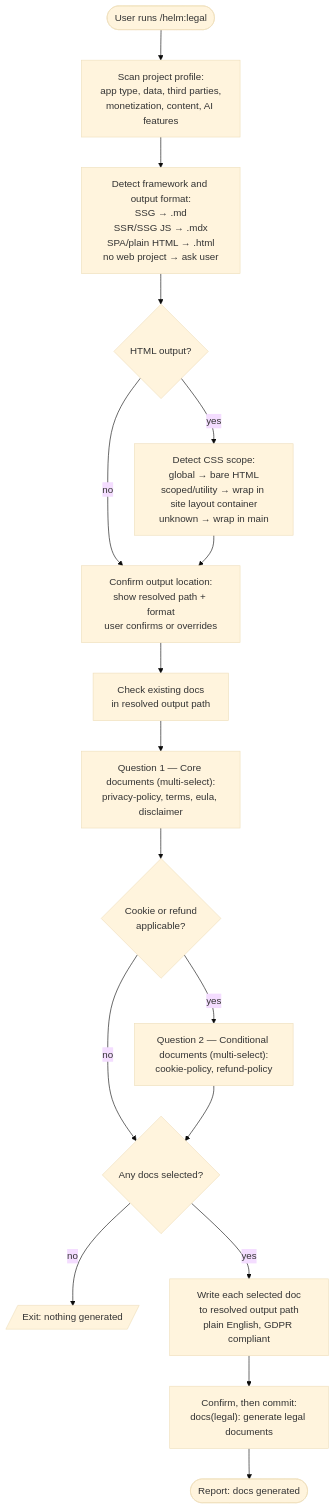
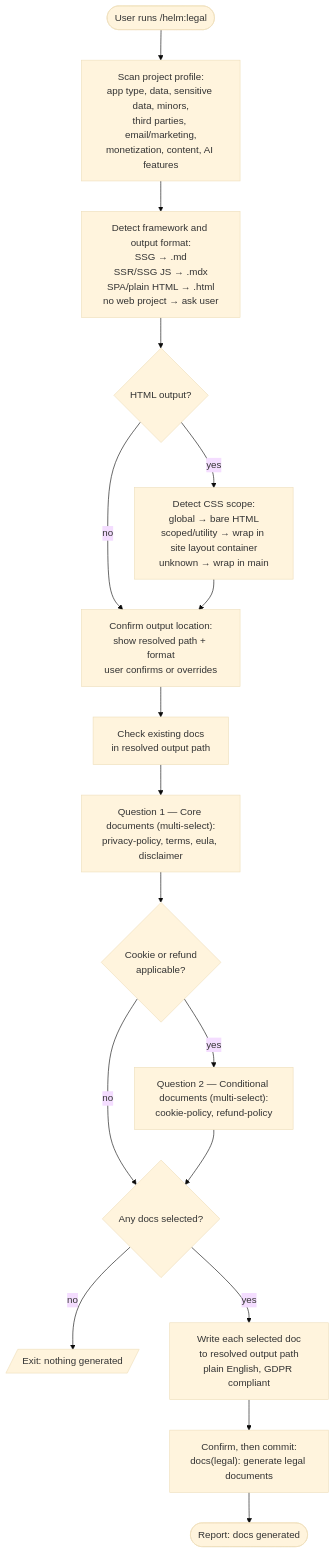
The diagram in docs/commands/legal.md (myowinthein/agent-helm), drawn with Mermaid (base theme) before and after one commit. The commit also changed other lines of this file and 1 other file, not shown here.

First line of the commit message:
feat(legal): scan sensitive data, minors, and email/marketing

````diff
--- a/docs/commands/legal.md
+++ b/docs/commands/legal.md
@@ -13,24 +13,24 @@
 ```mermaid
 flowchart TD
-  Start([User runs /helm:legal]) --> Scan[Scan project profile:<br/>app type, data, third parties,<br/>monetization, content, AI features]
+  Start([User runs /helm:legal]) --> Scan[Scan project profile:<br/>app type, data, sensitive data, minors,<br/>third parties, email/marketing,<br/>monetization, content, AI features]
 
   Scan --> Framework[Detect framework and output format:<br/>SSG → .md<br/>SSR/SSG JS → .mdx<br/>SPA/plain HTML → .html<br/>no web project → ask user]
 
   Framework --> CSS{HTML output?}
   CSS -->|yes| CSSDetect[Detect CSS scope:<br/>global → bare HTML<br/>scoped/utility → wrap in site layout container<br/>unknown → wrap in main]
   CSS -->|no| Confirm
   CSSDetect --> Confirm[Confirm output location:<br/>show resolved path + format<br/>user confirms or overrides]
 
   Confirm --> Existing[Check existing docs<br/>in resolved output path]
   Existing --> Q1["Question 1 — Core documents (multi-select):<br/>privacy-policy, terms, eula, disclaimer"]
   Q1 --> Q2{Cookie or refund<br/>applicable?}
   Q2 -->|yes| Q2ask["Question 2 — Conditional documents (multi-select):<br/>cookie-policy, refund-policy"]
   Q2 -->|no| Generate
   Q2ask --> Generate
 
   Generate{Any docs selected?}
   Generate -->|no| Cancel[/Exit: nothing generated/]
   Generate -->|yes| Write[Write each selected doc<br/>to resolved output path<br/>plain English, GDPR compliant]
   Write --> Commit["Confirm, then commit:<br/>docs(legal): generate legal documents"]
   Commit --> Done([Report: docs generated])
 ```
````
